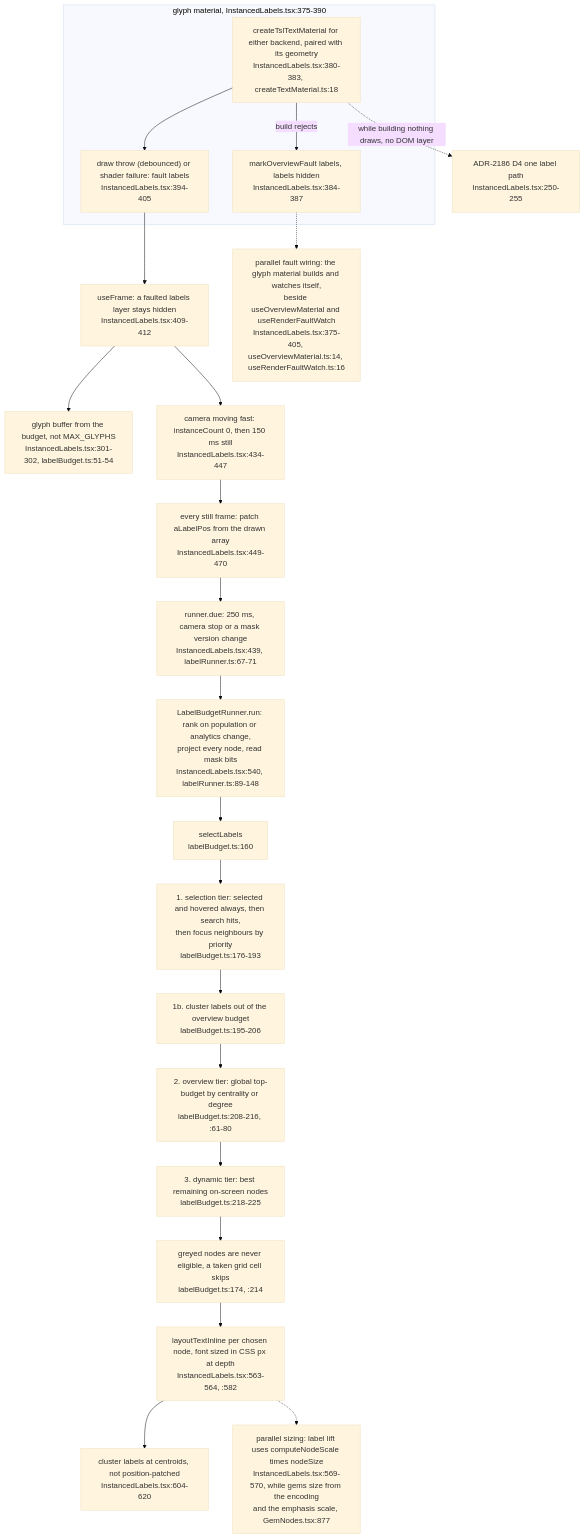
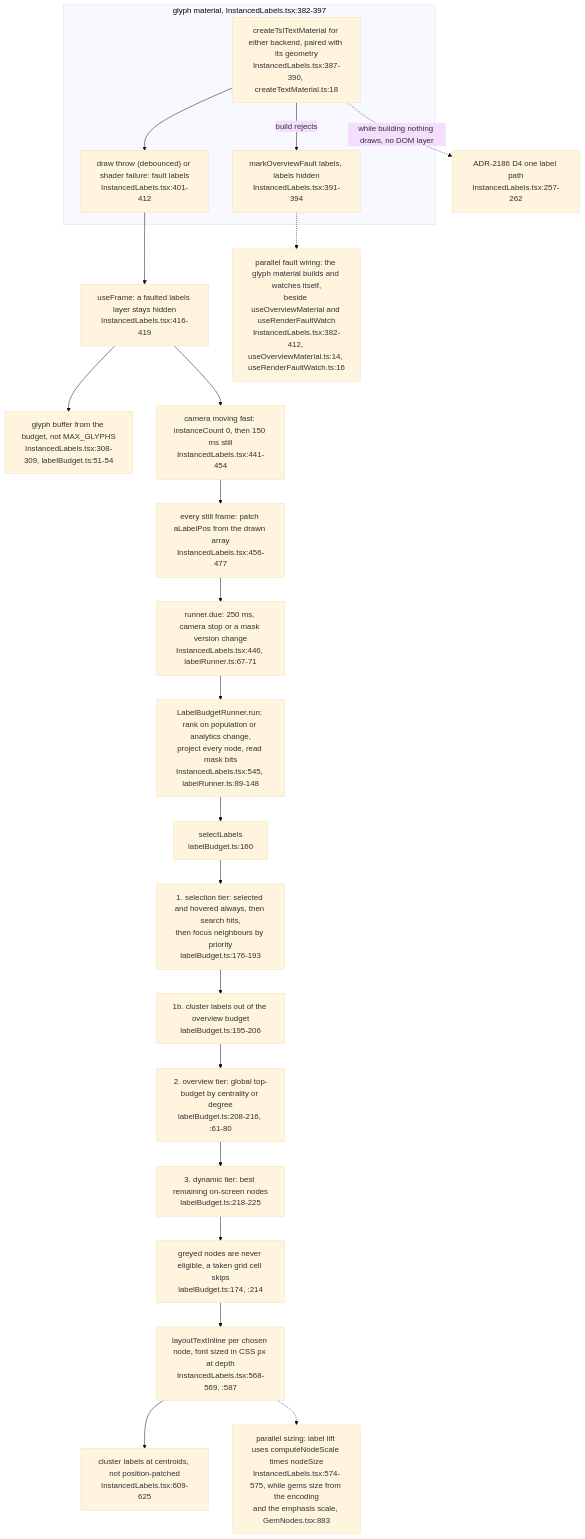
The third of 15 diagrams in docs/diagrams/visionclaw/31-client-graph-render-pipeline.md (DreamLab-AI/VisionFlow), drawn with Mermaid (base theme) before and after one commit. The commit also changed other lines of this file and 49 other files, not shown here.

First line of the commit message:
docs(diagrams): re-derive and re-stamp VisionClaw, estate, knowledge-graph, visionGraph, VisionFlow and sidestr topics

````diff
--- a/docs/diagrams/visionclaw/31-client-graph-render-pipeline.md
+++ b/docs/diagrams/visionclaw/31-client-graph-render-pipeline.md
@@ -225,25 +225,25 @@
 ```mermaid
 flowchart TB
-    subgraph MATB["glyph material, InstancedLabels.tsx:375-390"]
-        BUILD["createTslTextMaterial for either backend, paired with its geometry<br/>InstancedLabels.tsx:380-383, createTextMaterial.ts:18"]
-        BUILD -->|"build rejects"| BF["markOverviewFault labels, labels hidden<br/>InstancedLabels.tsx:384-387"]
-        BUILD --> WATCH["draw throw (debounced) or shader failure: fault labels<br/>InstancedLabels.tsx:394-405"]
+    subgraph MATB["glyph material, InstancedLabels.tsx:382-397"]
+        BUILD["createTslTextMaterial for either backend, paired with its geometry<br/>InstancedLabels.tsx:387-390, createTextMaterial.ts:18"]
+        BUILD -->|"build rejects"| BF["markOverviewFault labels, labels hidden<br/>InstancedLabels.tsx:391-394"]
+        BUILD --> WATCH["draw throw (debounced) or shader failure: fault labels<br/>InstancedLabels.tsx:401-412"]
     end
-    WATCH --> GLY["useFrame: a faulted labels layer stays hidden<br/>InstancedLabels.tsx:409-412"]
-    BUILD -.->|"while building nothing draws, no DOM layer"| NOTE0["ADR-2186 D4 one label path<br/>InstancedLabels.tsx:250-255"]
-    GLY --> CAP["glyph buffer from the budget, not MAX_GLYPHS<br/>InstancedLabels.tsx:301-302, labelBudget.ts:51-54"]
-    GLY --> MOT["camera moving fast: instanceCount 0, then 150 ms still<br/>InstancedLabels.tsx:434-447"]
-    MOT --> PATCH["every still frame: patch aLabelPos from the drawn array<br/>InstancedLabels.tsx:449-470"]
-    PATCH --> DUE["runner.due: 250 ms, camera stop or a mask version change<br/>InstancedLabels.tsx:439, labelRunner.ts:67-71"]
-    DUE --> RUN["LabelBudgetRunner.run: rank on population or analytics change,<br/>project every node, read mask bits<br/>InstancedLabels.tsx:540, labelRunner.ts:89-148"]
+    WATCH --> GLY["useFrame: a faulted labels layer stays hidden<br/>InstancedLabels.tsx:416-419"]
+    BUILD -.->|"while building nothing draws, no DOM layer"| NOTE0["ADR-2186 D4 one label path<br/>InstancedLabels.tsx:257-262"]
+    GLY --> CAP["glyph buffer from the budget, not MAX_GLYPHS<br/>InstancedLabels.tsx:308-309, labelBudget.ts:51-54"]
+    GLY --> MOT["camera moving fast: instanceCount 0, then 150 ms still<br/>InstancedLabels.tsx:441-454"]
+    MOT --> PATCH["every still frame: patch aLabelPos from the drawn array<br/>InstancedLabels.tsx:456-477"]
+    PATCH --> DUE["runner.due: 250 ms, camera stop or a mask version change<br/>InstancedLabels.tsx:446, labelRunner.ts:67-71"]
+    DUE --> RUN["LabelBudgetRunner.run: rank on population or analytics change,<br/>project every node, read mask bits<br/>InstancedLabels.tsx:545, labelRunner.ts:89-148"]
     RUN --> SEL["selectLabels<br/>labelBudget.ts:160"]
     SEL --> T1["1. selection tier: selected and hovered always, then search hits,<br/>then focus neighbours by priority<br/>labelBudget.ts:176-193"]
     T1 --> T1B["1b. cluster labels out of the overview budget<br/>labelBudget.ts:195-206"]
     T1B --> T2["2. overview tier: global top-budget by centrality or degree<br/>labelBudget.ts:208-216, :61-80"]
     T2 --> T3["3. dynamic tier: best remaining on-screen nodes<br/>labelBudget.ts:218-225"]
     T3 --> GREY["greyed nodes are never eligible, a taken grid cell skips<br/>labelBudget.ts:174, :214"]
-    GREY --> LAY["layoutTextInline per chosen node, font sized in CSS px at depth<br/>InstancedLabels.tsx:563-564, :582"]
-    LAY --> CL["cluster labels at centroids, not position-patched<br/>InstancedLabels.tsx:604-620"]
-    LAY -.-> OFF["parallel sizing: label lift uses computeNodeScale times nodeSize<br/>InstancedLabels.tsx:569-570, while gems size from the encoding<br/>and the emphasis scale, GemNodes.tsx:877"]
-    BF -.-> DUPF["parallel fault wiring: the glyph material builds and watches itself,<br/>beside useOverviewMaterial and useRenderFaultWatch<br/>InstancedLabels.tsx:375-405, useOverviewMaterial.ts:14, useRenderFaultWatch.ts:16"]
+    GREY --> LAY["layoutTextInline per chosen node, font sized in CSS px at depth<br/>InstancedLabels.tsx:568-569, :587"]
+    LAY --> CL["cluster labels at centroids, not position-patched<br/>InstancedLabels.tsx:609-625"]
+    LAY -.-> OFF["parallel sizing: label lift uses computeNodeScale times nodeSize<br/>InstancedLabels.tsx:574-575, while gems size from the encoding<br/>and the emphasis scale, GemNodes.tsx:883"]
+    BF -.-> DUPF["parallel fault wiring: the glyph material builds and watches itself,<br/>beside useOverviewMaterial and useRenderFaultWatch<br/>InstancedLabels.tsx:382-412, useOverviewMaterial.ts:14, useRenderFaultWatch.ts:16"]
 ```
````
